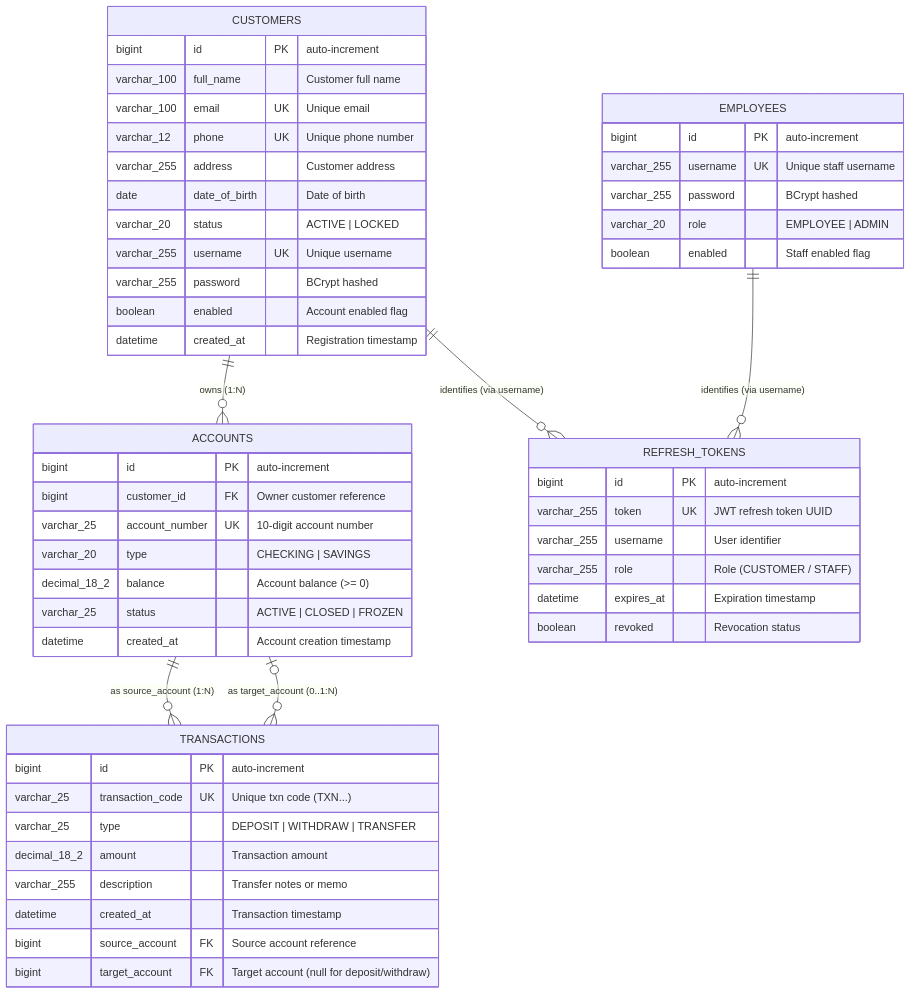
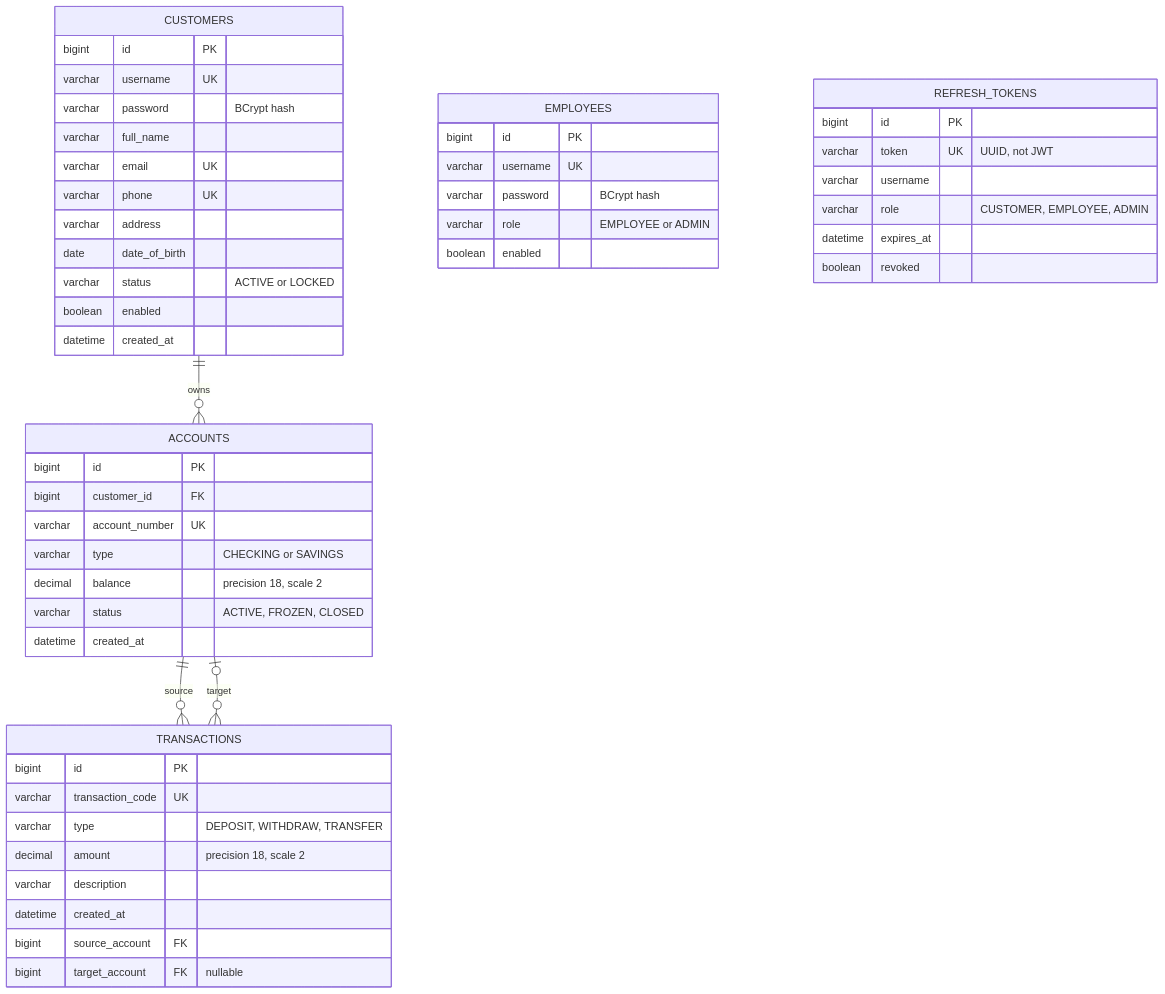
The second of 2 diagrams in README.md (NguyenNhatUS/SmartBank), drawn with Mermaid before and after one commit. The commit also changed other lines of this file and 1 other file, not shown here.

Commit message:
Refactor code structure for improved readability and maintainability

````diff
--- a/README.md
+++ b/README.md
@@ -30,61 +67,54 @@
 ```mermaid
 erDiagram
-    CUSTOMERS ||--o{ ACCOUNTS : "owns (1:N)"
-    ACCOUNTS ||--o{ TRANSACTIONS : "as source_account (1:N)"
-    ACCOUNTS |o--o{ TRANSACTIONS : "as target_account (0..1:N)"
-
-    CUSTOMERS ||--o{ REFRESH_TOKENS : "identifies (via username)"
-    EMPLOYEES ||--o{ REFRESH_TOKENS : "identifies (via username)"
+    CUSTOMERS ||--o{ ACCOUNTS : owns
+    ACCOUNTS ||--o{ TRANSACTIONS : source
+    ACCOUNTS |o--o{ TRANSACTIONS : target
 
     CUSTOMERS {
-        bigint id PK "auto-increment"
-        varchar_100 full_name "Customer full name"
-        varchar_100 email UK "Unique email"
-        varchar_12 phone UK "Unique phone number"
-        varchar_255 address "Customer address"
-        date date_of_birth "Date of birth"
-        varchar_20 status "ACTIVE | LOCKED"
-        varchar_255 username UK "Unique username"
-        varchar_255 password "BCrypt hashed"
-        boolean enabled "Account enabled flag"
-        datetime created_at "Registration timestamp"
+        bigint id PK
+        varchar username UK
+        varchar password "BCrypt hash"
+        varchar full_name
+        varchar email UK
+        varchar phone UK
+        varchar address
+        date date_of_birth
+        varchar status "ACTIVE or LOCKED"
+        boolean enabled
+        datetime created_at
     }
-
+    EMPLOYEES {
+        bigint id PK
+        varchar username UK
+        varchar password "BCrypt hash"
+        varchar role "EMPLOYEE or ADMIN"
+        boolean enabled
+    }
     ACCOUNTS {
-        bigint id PK "auto-increment"
-        bigint customer_id FK "Owner customer reference"
-        varchar_25 account_number UK "10-digit account number"
-        varchar_20 type "CHECKING | SAVINGS"
-        decimal_18_2 balance "Account balance (>= 0)"
-        varchar_25 status "ACTIVE | CLOSED | FROZEN"
-        datetime created_at "Account creation timestamp"
+        bigint id PK
+        bigint customer_id FK
+        varchar account_number UK
+        varchar type "CHECKING or SAVINGS"
+        decimal balance "precision 18, scale 2"
+        varchar status "ACTIVE, FROZEN, CLOSED"
+        datetime created_at
     }
-
     TRANSACTIONS {
-        bigint id PK "auto-increment"
-        varchar_25 transaction_code UK "Unique txn code (TXN...)"
-        varchar_25 type "DEPOSIT | WITHDRAW | TRANSFER"
-        decimal_18_2 amount "Transaction amount"
-        varchar_255 description "Transfer notes or memo"
-        datetime created_at "Transaction timestamp"
-        bigint source_account FK "Source account reference"
-        bigint target_account FK "Target account (null for deposit/withdraw)"
+        bigint id PK
+        varchar transaction_code UK
+        varchar type "DEPOSIT, WITHDRAW, TRANSFER"
+        decimal amount "precision 18, scale 2"
+        varchar description
+        datetime created_at
+        bigint source_account FK
+        bigint target_account FK "nullable"
     }
-
-    EMPLOYEES {
-        bigint id PK "auto-increment"
-        varchar_255 username UK "Unique staff username"
-        varchar_255 password "BCrypt hashed"
-        varchar_20 role "EMPLOYEE | ADMIN"
-        boolean enabled "Staff enabled flag"
-    }
-
     REFRESH_TOKENS {
-        bigint id PK "auto-increment"
-        varchar_255 token UK "JWT refresh token UUID"
-        varchar_255 username "User identifier"
-        varchar_255 role "Role (CUSTOMER / STAFF)"
-        datetime expires_at "Expiration timestamp"
-        boolean revoked "Revocation status"
+        bigint id PK
+        varchar token UK "UUID, not JWT"
+        varchar username
+        varchar role "CUSTOMER, EMPLOYEE, ADMIN"
+        datetime expires_at
+        boolean revoked
     }
 ```
````
